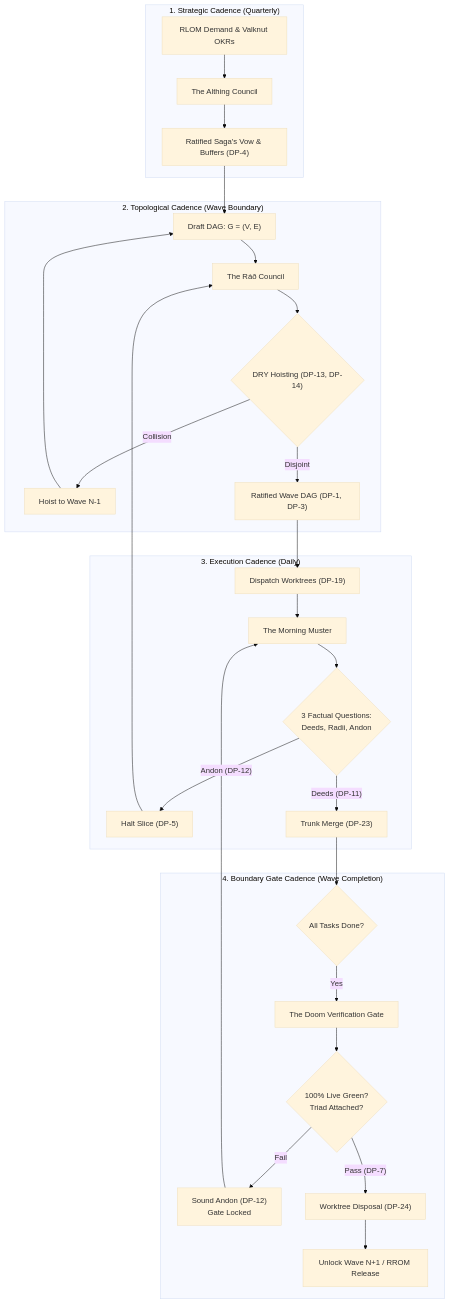
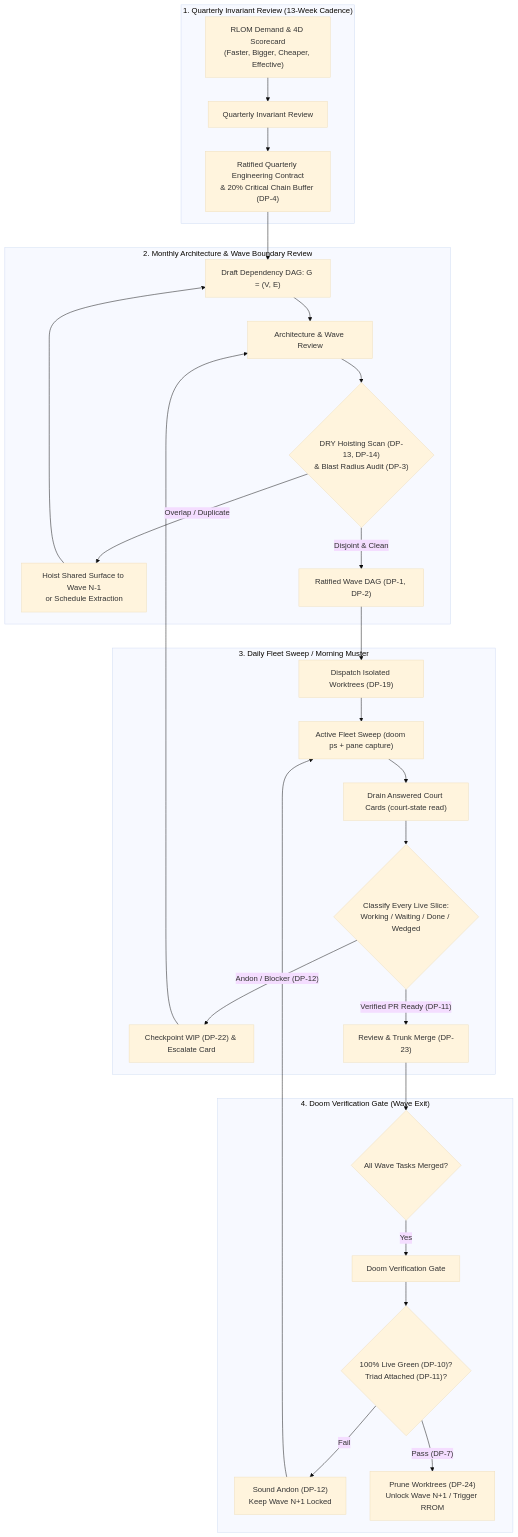
The diagram in docs/chapters/07-ceremonies-of-truth.md (nwalker85/rdom-method), drawn with Mermaid (base theme) before and after one commit. The commit also changed other lines of this file and 29 other files, not shown here.

````diff
--- a/docs/chapters/07-ceremonies-of-truth.md
+++ b/docs/chapters/07-ceremonies-of-truth.md
@@ -22,35 +22,35 @@
 ```mermaid
 flowchart TD
-    subgraph STRATEGIC["1. Strategic Cadence (Quarterly)"]
-        A_In["RLOM Demand & Valknut OKRs"] --> A_Alt["The Althing Council"]
-        A_Alt --> A_Vow["Ratified Saga's Vow & Buffers (DP-4)"]
+    subgraph STRATEGIC["1. Quarterly Invariant Review (13-Week Cadence)"]
+        A_In["RLOM Demand & 4D Scorecard\n(Faster, Bigger, Cheaper, Effective)"] --> A_Rev["Quarterly Invariant Review"]
+        A_Rev --> A_Contract["Ratified Quarterly Engineering Contract\n& 20% Critical Chain Buffer (DP-4)"]
     end
 
-    subgraph TOPOLOGICAL["2. Topological Cadence (Wave Boundary)"]
-        A_Vow --> R_Draft["Draft DAG: G = (V, E)"]
-        R_Draft --> R_Rad["The Ráð Council"]
-        R_Rad --> R_Hoist{"DRY Hoisting (DP-13, DP-14)"}
-        R_Hoist -- "Collision" --> R_HNode["Hoist to Wave N-1"]
+    subgraph TOPOLOGICAL["2. Monthly Architecture & Wave Boundary Review"]
+        A_Contract --> R_Draft["Draft Dependency DAG: G = (V, E)"]
+        R_Draft --> R_Rev["Architecture & Wave Review"]
+        R_Rev --> R_Hoist{"DRY Hoisting Scan (DP-13, DP-14)\n& Blast Radius Audit (DP-3)"}
+        R_Hoist -- "Overlap / Duplicate" --> R_HNode["Hoist Shared Surface to Wave N-1\nor Schedule Extraction"]
         R_HNode --> R_Draft
-        R_Hoist -- "Disjoint" --> R_Rat["Ratified Wave DAG (DP-1, DP-3)"]
+        R_Hoist -- "Disjoint & Clean" --> R_Rat["Ratified Wave DAG (DP-1, DP-2)"]
     end
 
-    subgraph TACTICAL["3. Execution Cadence (Daily)"]
-        R_Rat --> M_Disp["Dispatch Worktrees (DP-19)"]
-        M_Disp --> M_Must["The Morning Muster"]
-        M_Must --> M_Q{"3 Factual Questions:\nDeeds, Radii, Andon"}
-        M_Q -- "Andon (DP-12)" --> M_Halt["Halt Slice (DP-5)"]
-        M_Halt --> R_Rad
-        M_Q -- "Deeds (DP-11)" --> M_Trunk["Trunk Merge (DP-23)"]
+    subgraph TACTICAL["3. Daily Fleet Sweep / Morning Muster"]
+        R_Rat --> M_Disp["Dispatch Isolated Worktrees (DP-19)"]
+        M_Disp --> M_Sweep["Active Fleet Sweep (doom ps + pane capture)"]
+        M_Sweep --> M_Cards["Drain Answered Court Cards (court-state read)"]
+        M_Cards --> M_Q{"Classify Every Live Slice:\nWorking / Waiting / Done / Wedged"}
+        M_Q -- "Andon / Blocker (DP-12)" --> M_Halt["Checkpoint WIP (DP-22) & Escalate Card"]
+        M_Halt --> R_Rev
+        M_Q -- "Verified PR Ready (DP-11)" --> M_Trunk["Review & Trunk Merge (DP-23)"]
     end
 
-    subgraph PROMOTION["4. Boundary Gate Cadence (Wave Completion)"]
-        M_Trunk --> D_Done{"All Tasks Done?"}
-        D_Done -- "Yes" --> D_Doom["The Doom Verification Gate"]
-        D_Doom --> D_Aud{"100% Live Green?\nTriad Attached?"}
-        D_Aud -- "Fail" --> D_Andon["Sound Andon (DP-12)\nGate Locked"]
-        D_Andon --> M_Must
-        D_Aud -- "Pass (DP-7)" --> D_Disp["Worktree Disposal (DP-24)"]
-        D_Disp --> D_Unl["Unlock Wave N+1 / RROM Release"]
+    subgraph PROMOTION["4. Doom Verification Gate (Wave Exit)"]
+        M_Trunk --> D_Done{"All Wave Tasks Merged?"}
+        D_Done -- "Yes" --> D_Doom["Doom Verification Gate"]
+        D_Doom --> D_Aud{"100% Live Green (DP-10)?\nTriad Attached (DP-11)?"}
+        D_Aud -- "Fail" --> D_Andon["Sound Andon (DP-12)\nKeep Wave N+1 Locked"]
+        D_Andon --> M_Sweep
+        D_Aud -- "Pass (DP-7)" --> D_Disp["Prune Worktrees (DP-24)\nUnlock Wave N+1 / Trigger RROM"]
     end
 ```
````
